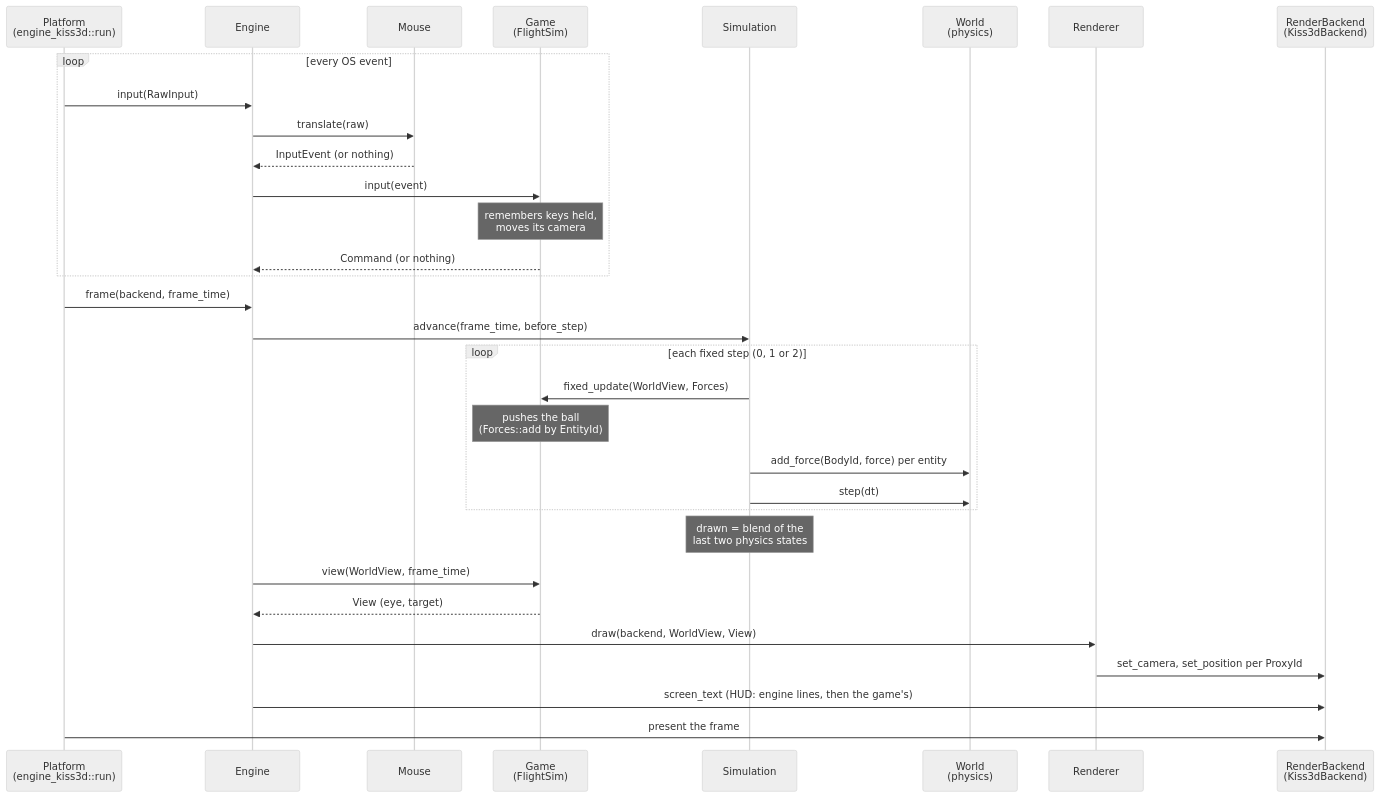
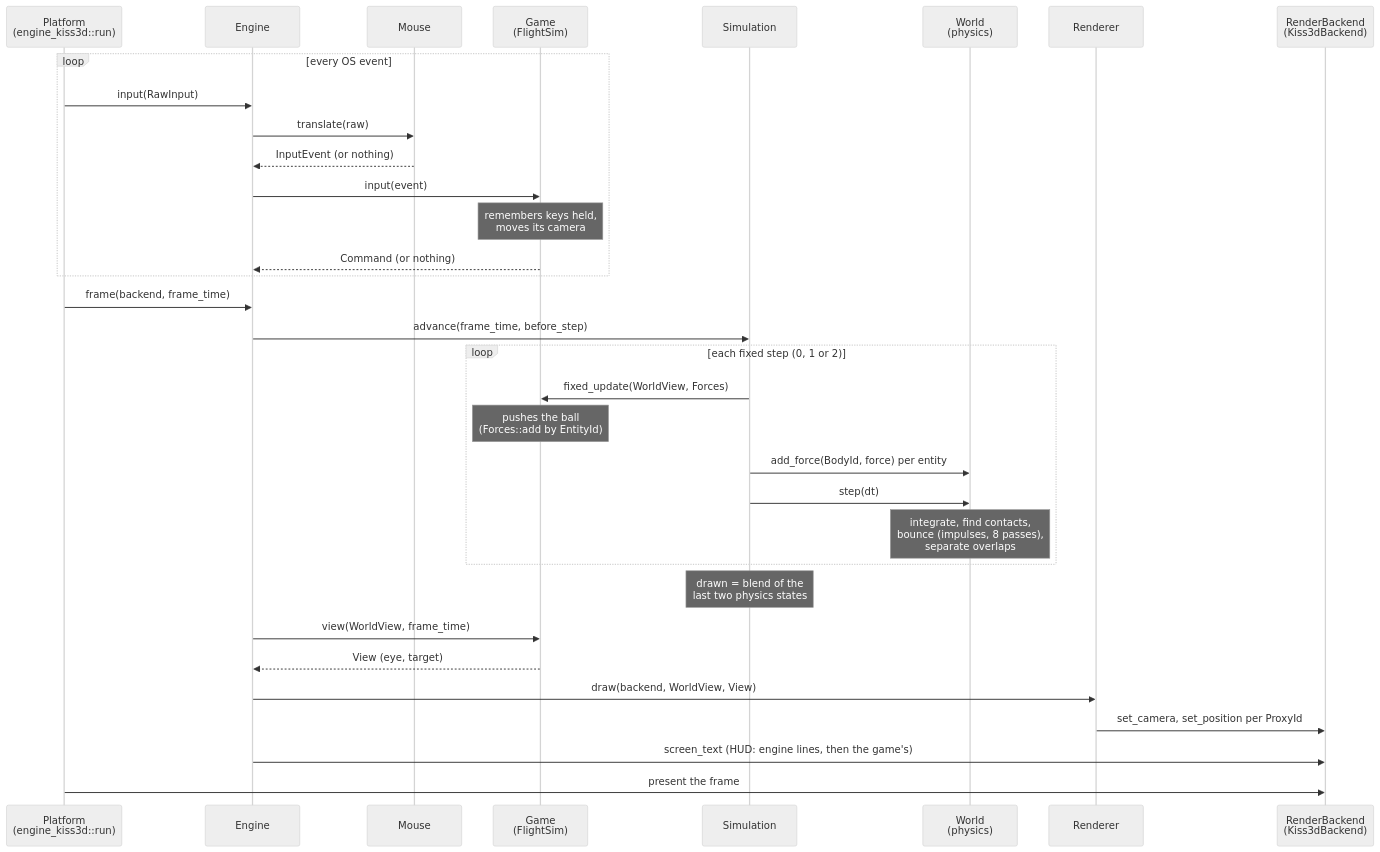
Before and after one commit to fterrier/flightsim: the sixth of 6 diagrams in ARCHITECTURE.md, drawn with Mermaid (neutral theme). The commit also changed other lines of this file and 8 other files, not shown here.

````diff
--- a/ARCHITECTURE.md
+++ b/ARCHITECTURE.md
@@ -443,35 +445,36 @@
 ```mermaid
 sequenceDiagram
     participant P as Platform<br/>(engine_kiss3d::run)
     participant E as Engine
     participant M as Mouse
     participant G as Game<br/>(FlightSim)
     participant S as Simulation
     participant W as World<br/>(physics)
     participant R as Renderer
     participant B as RenderBackend<br/>(Kiss3dBackend)
 
     loop every OS event
         P->>E: input(RawInput)
         E->>M: translate(raw)
         M-->>E: InputEvent (or nothing)
         E->>G: input(event)
         Note over G: remembers keys held,<br/>moves its camera
         G-->>E: Command (or nothing)
     end
     P->>E: frame(backend, frame_time)
     E->>S: advance(frame_time, before_step)
     loop each fixed step (0, 1 or 2)
         S->>G: fixed_update(WorldView, Forces)
         Note over G: pushes the ball<br/>(Forces::add by EntityId)
         S->>W: add_force(BodyId, force) per entity
         S->>W: step(dt)
+        Note over W: integrate, find contacts,<br/>bounce (impulses, 8 passes),<br/>separate overlaps
     end
     Note over S: drawn = blend of the<br/>last two physics states
     E->>G: view(WorldView, frame_time)
     G-->>E: View (eye, target)
     E->>R: draw(backend, WorldView, View)
     R->>B: set_camera, set_position per ProxyId
     E->>B: screen_text (HUD: engine lines, then the game's)
     P->>B: present the frame
 ```
````
